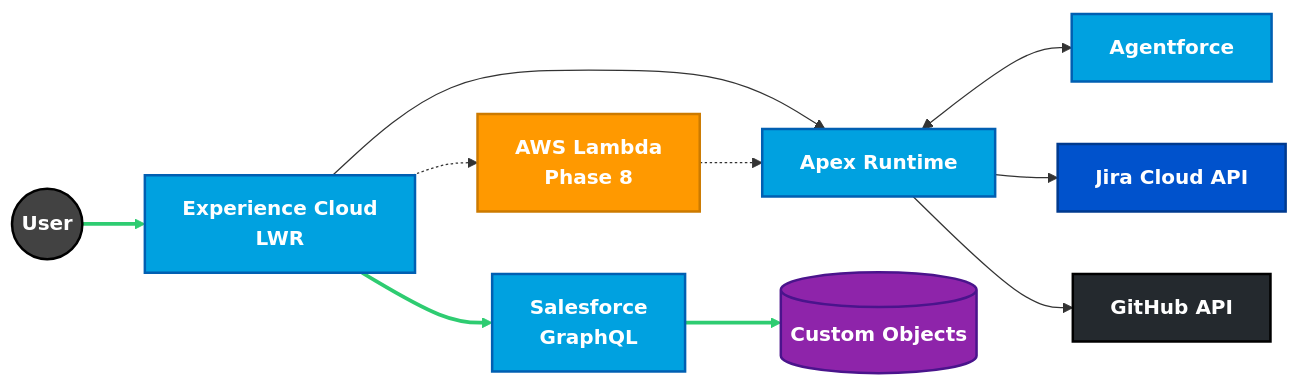
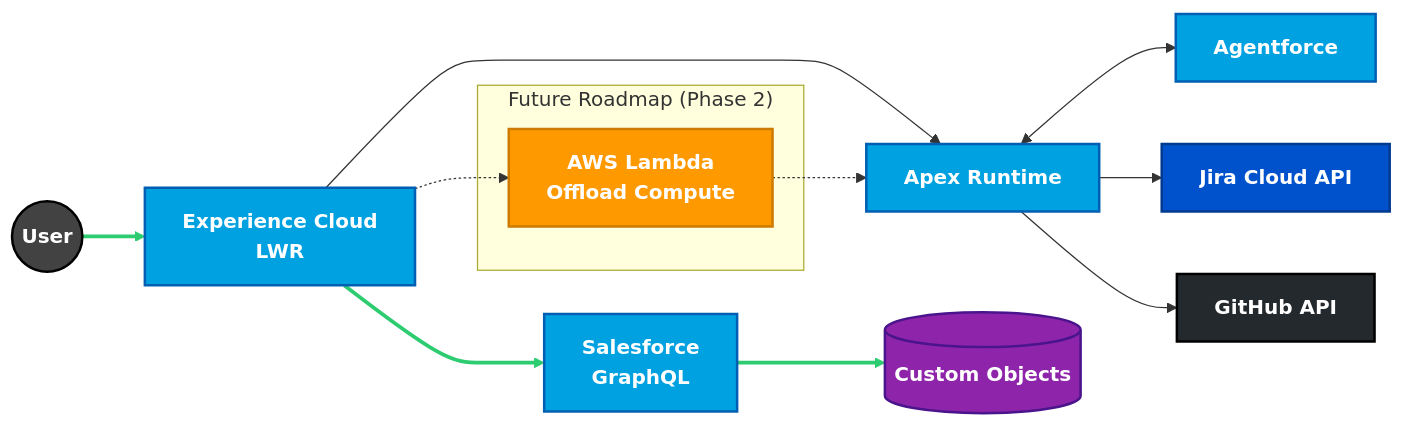
One commit to rdbumstead/rdbumstead changed the diagram in README.md. Above: the diagram before and after it, drawn with Mermaid. The commit also changed other lines of this file, not shown here.

````diff
--- a/README.md
+++ b/README.md
@@ -30,47 +30,50 @@
 ```mermaid
 graph LR
     %%{init: {'flowchart': {'nodeSpacing': 50, 'rankSpacing': 50}}}%%
     %% ========= BRAND STYLES =========
     classDef user fill:#424242,stroke:#000000,stroke-width:2px,color:#ffffff,font-weight:bold;
     classDef sfdc fill:#00A1E0,stroke:#005FB2,stroke-width:2px,color:#ffffff,font-weight:bold;
     classDef aws fill:#FF9900,stroke:#CC7A00,stroke-width:2px,color:#ffffff,font-weight:bold;
     classDef jira fill:#0052CC,stroke:#003A8F,stroke-width:2px,color:#ffffff,font-weight:bold;
     classDef github fill:#24292E,stroke:#000000,stroke-width:2px,color:#ffffff,font-weight:bold;
     classDef data fill:#8E24AA,stroke:#4A148C,stroke-width:2px,color:#ffffff,font-weight:bold;
     classDef future fill:#FFF3E0,stroke:#FB8C00,stroke-width:2px,stroke-dasharray:5 5;
 
     %% ========= NODES =========
     User((User))
     LWR[Experience Cloud<br/>LWR]
     GQL[Salesforce<br/>GraphQL]
     Apex[Apex Runtime]
     DB[(Custom Objects)]
     AI[Agentforce]
     Jira[Jira Cloud API]
     GitHub[GitHub API]
-    Lambda[AWS Lambda<br/>Phase 8]
+
+    subgraph Roadmap ["Future Roadmap (Phase 2)"]
+        Lambda[AWS Lambda<br/>Offload Compute]
+    end
 
     %% ========= FLOWS =========
     User --> LWR
     LWR --> GQL
     GQL --> DB
     LWR --> Apex
     Apex <--> AI
     Apex --> Jira
     Apex --> GitHub
 
     %% ========= FUTURE =========
     LWR -.-> Lambda
     Lambda -.-> Apex
 
     %% ========= APPLY STYLES =========
     class User user;
     class LWR,GQL,Apex,AI sfdc;
     class DB data;
     class Jira jira;
     class GitHub github;
     class Lambda aws;
 
     %% ========= CRITICAL PATH =========
     linkStyle 0,1,2 stroke:#2ECC71,stroke-width:3px;
 ```
````
